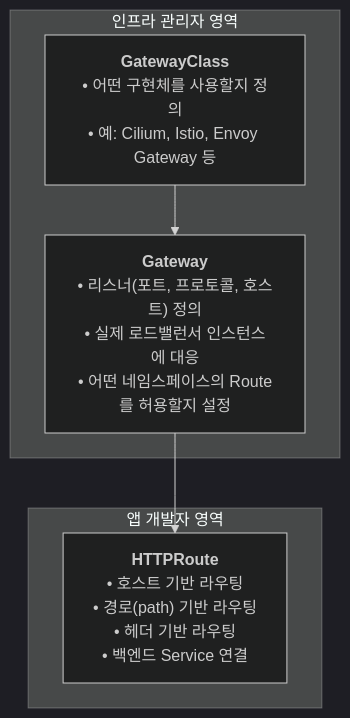
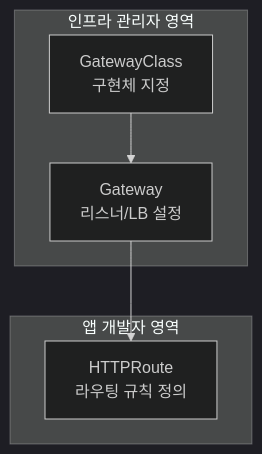
One commit to garlicKim21/kubernetes-onprem-training changed the third of 8 diagrams in day1/ch07-gateway-api/README.md. Above: the diagram before and after it, drawn with Mermaid (dark theme). The commit also changed other lines of this file and 6 other files, not shown here.

````diff
--- a/day1/ch07-gateway-api/README.md
+++ b/day1/ch07-gateway-api/README.md
@@ -98,12 +111,12 @@
 ```mermaid
 graph TD
     subgraph infra["인프라 관리자 영역"]
-        gwclass["<b>GatewayClass</b><br/>• 어떤 구현체를 사용할지 정의<br/>• 예: Cilium, Istio, Envoy Gateway 등"]
-        gateway["<b>Gateway</b><br/>• 리스너(포트, 프로토콜, 호스트) 정의<br/>• 실제 로드밸런서 인스턴스에 대응<br/>• 어떤 네임스페이스의 Route를 허용할지 설정"]
+        gwclass["GatewayClass<br/>구현체 지정"]
+        gateway["Gateway<br/>리스너/LB 설정"]
         gwclass --> gateway
     end
     subgraph dev["앱 개발자 영역"]
-        httproute["<b>HTTPRoute</b><br/>• 호스트 기반 라우팅<br/>• 경로(path) 기반 라우팅<br/>• 헤더 기반 라우팅<br/>• 백엔드 Service 연결"]
+        httproute["HTTPRoute<br/>라우팅 규칙 정의"]
     end
     gateway --> httproute
 ```
````
